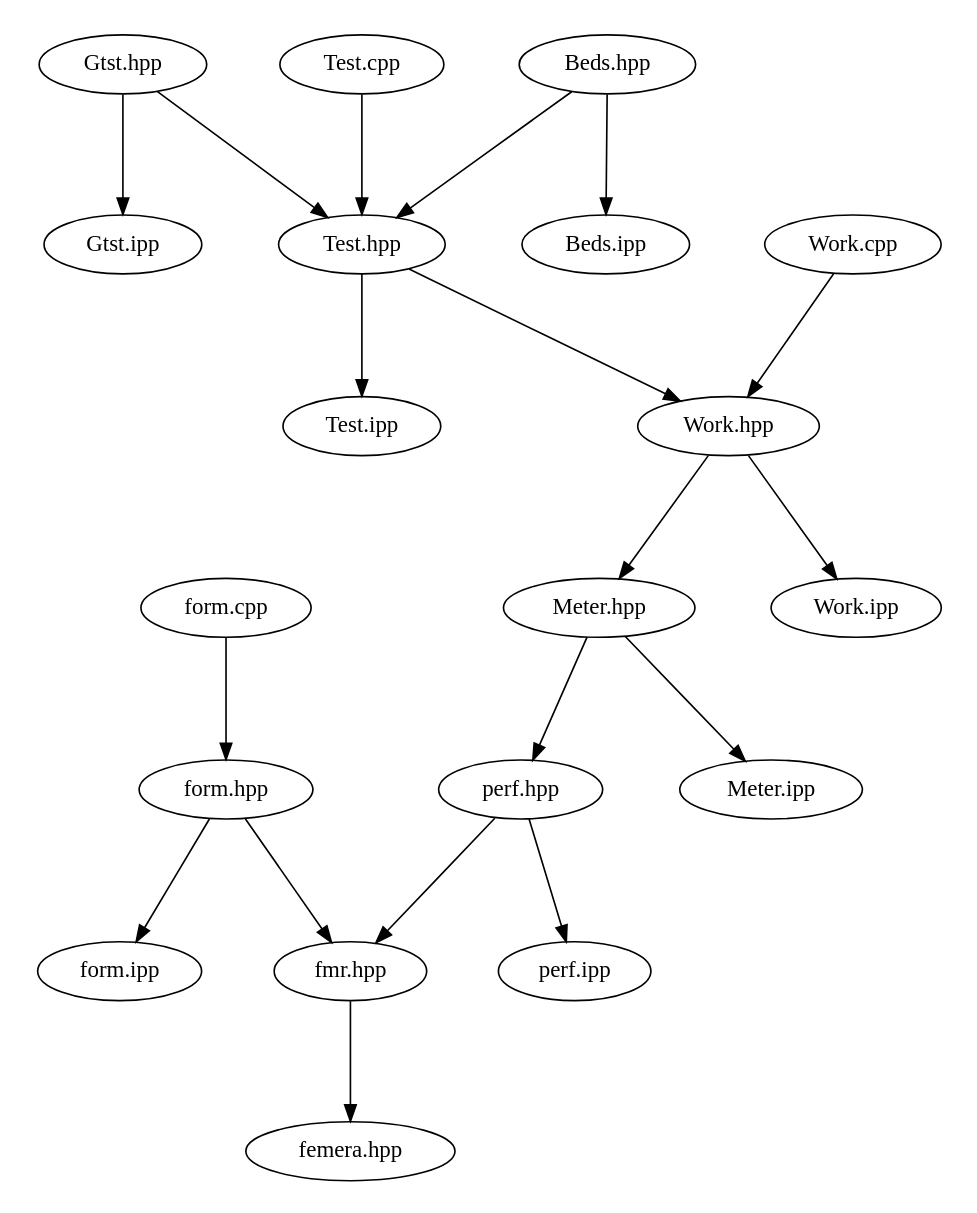
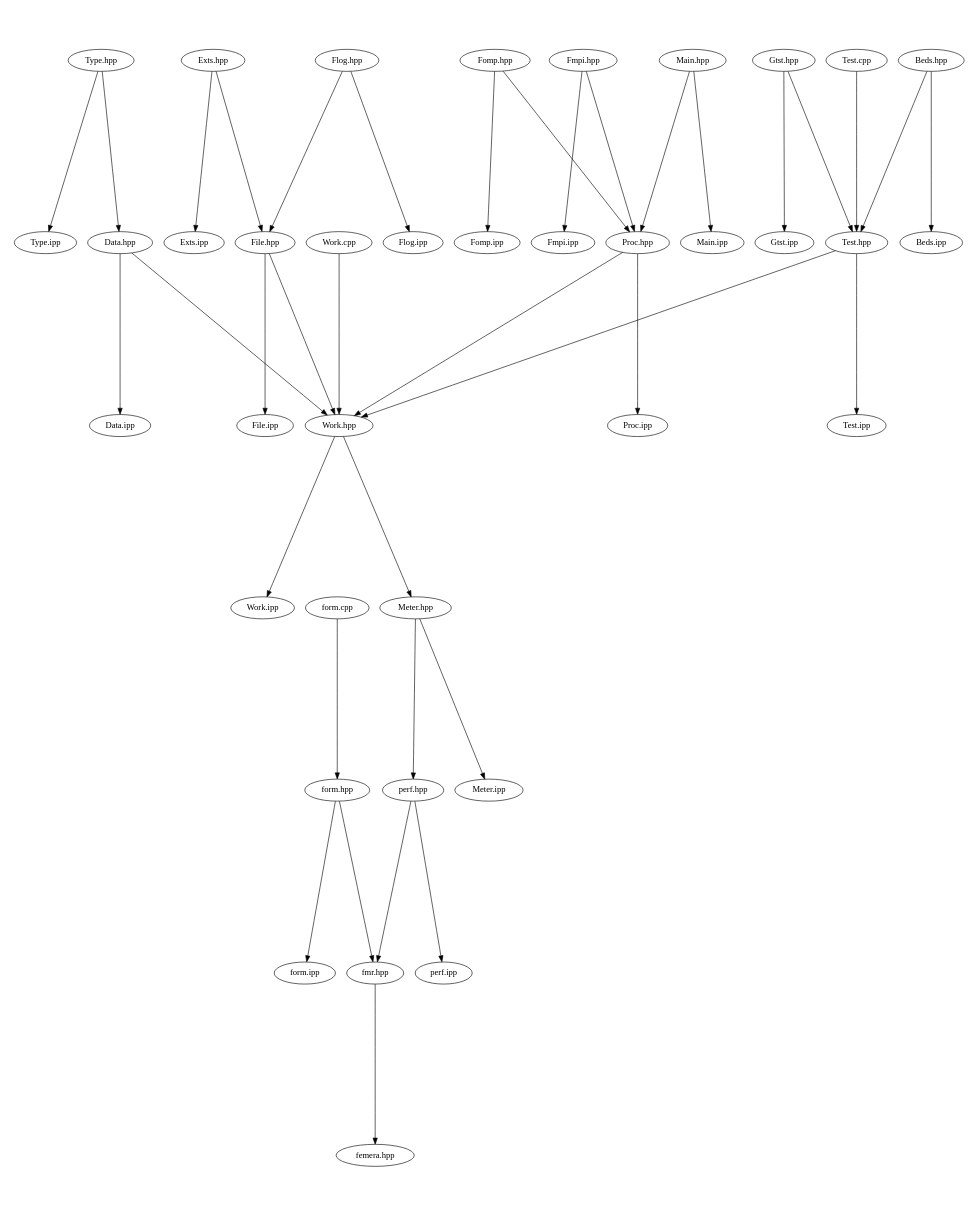
One commit to waggyz/femera-mini-app changed the diagram in src/docs/src-notest.dot. Above: the diagram before and after it, drawn with Graphviz. The commit also changed 2 other files, not shown here.

Commit message:
implementing fmr::proc:: and minimal fmr::file::, fmr::test::, fmr::data::

```diff
--- a/src/docs/src-notest.dot
+++ b/src/docs/src-notest.dot
@@ -1,26 +1,44 @@
 digraph "source tree" {
     overlap=scale;
     size="8,10";
     ratio="fill";
     fontsize="16";
     fontname="Helvetica";
 	clusterrank="local";
 	"Meter.hpp" -> "perf.hpp"
+	"Fomp.hpp" -> "Fomp.ipp"
+	"Gtst.hpp" -> "Gtst.ipp"
+	"Exts.hpp" -> "Exts.ipp"
+	"Type.hpp" -> "Data.hpp"
+	"Fmpi.hpp" -> "Fmpi.ipp"
+	"File.hpp" -> "Work.hpp"
+	"form.cpp" -> "form.hpp"
+	"perf.hpp" -> "perf.ipp"
+	"Work.cpp" -> "Work.hpp"
+	"Main.hpp" -> "Main.ipp"
+	"Proc.hpp" -> "Proc.ipp"
+	"Test.cpp" -> "Test.hpp"
 	"perf.hpp" -> "fmr.hpp"
-	"Gtst.hpp" -> "Gtst.ipp"
+	"Exts.hpp" -> "File.hpp"
+	"Data.hpp" -> "Data.ipp"
+	"Type.hpp" -> "Type.ipp"
 	"Work.hpp" -> "Work.ipp"
+	"Fmpi.hpp" -> "Proc.hpp"
 	"Test.hpp" -> "Work.hpp"
-	"form.cpp" -> "form.hpp"
 	"Beds.hpp" -> "Test.hpp"
 	"fmr.hpp" -> "femera.hpp"
-	"perf.hpp" -> "perf.ipp"
+	"form.hpp" -> "form.ipp"
 	"form.hpp" -> "fmr.hpp"
-	"form.hpp" -> "form.ipp"
+	"Proc.hpp" -> "Work.hpp"
 	"Gtst.hpp" -> "Test.hpp"
+	"Data.hpp" -> "Work.hpp"
 	"Beds.hpp" -> "Beds.ipp"
-	"Work.cpp" -> "Work.hpp"
 	"Work.hpp" -> "Meter.hpp"
-	"Test.cpp" -> "Test.hpp"
+	"Fomp.hpp" -> "Proc.hpp"
+	"Main.hpp" -> "Proc.hpp"
+	"File.hpp" -> "File.ipp"
+	"Flog.hpp" -> "Flog.ipp"
+	"Flog.hpp" -> "File.hpp"
+	"Meter.hpp" -> "Meter.ipp"
 	"Test.hpp" -> "Test.ipp"
-	"Meter.hpp" -> "Meter.ipp"
 }
```
